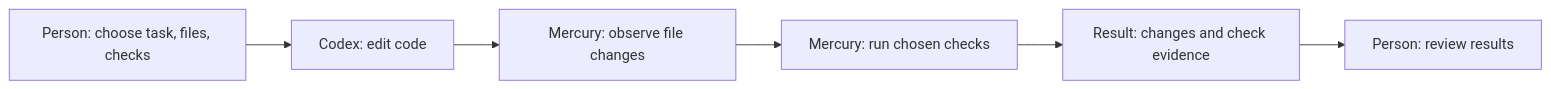
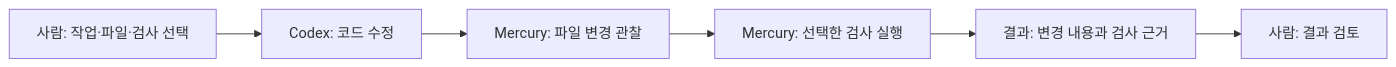
Before and after one commit to kssk3/Mercury: the diagram in README.md, drawn with Mermaid. The commit also changed other lines of this file and 5 other files, not shown here.

````diff
--- a/README.md
+++ b/README.md
@@ -55,8 +55,8 @@
 ```mermaid
 flowchart LR
-    A["Person: choose task, files, checks"] --> B["Codex: edit code"]
-    B --> C["Mercury: observe file changes"]
-    C --> D["Mercury: run chosen checks"]
-    D --> E["Result: changes and check evidence"]
-    E --> F["Person: review results"]
+    A["사람: 작업·파일·검사 선택"] --> B["Codex: 코드 수정"]
+    B --> C["Mercury: 파일 변경 관찰"]
+    C --> D["Mercury: 선택한 검사 실행"]
+    D --> E["결과: 변경 내용과 검사 근거"]
+    E --> F["사람: 결과 검토"]
 ```
````
